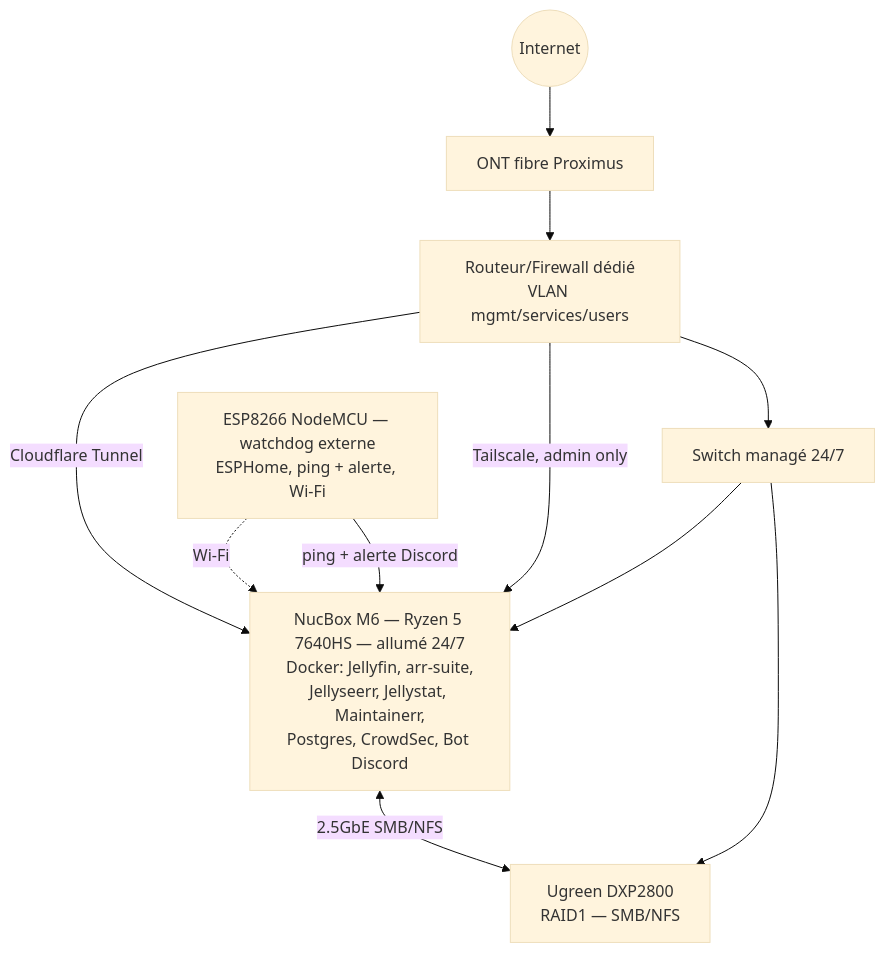
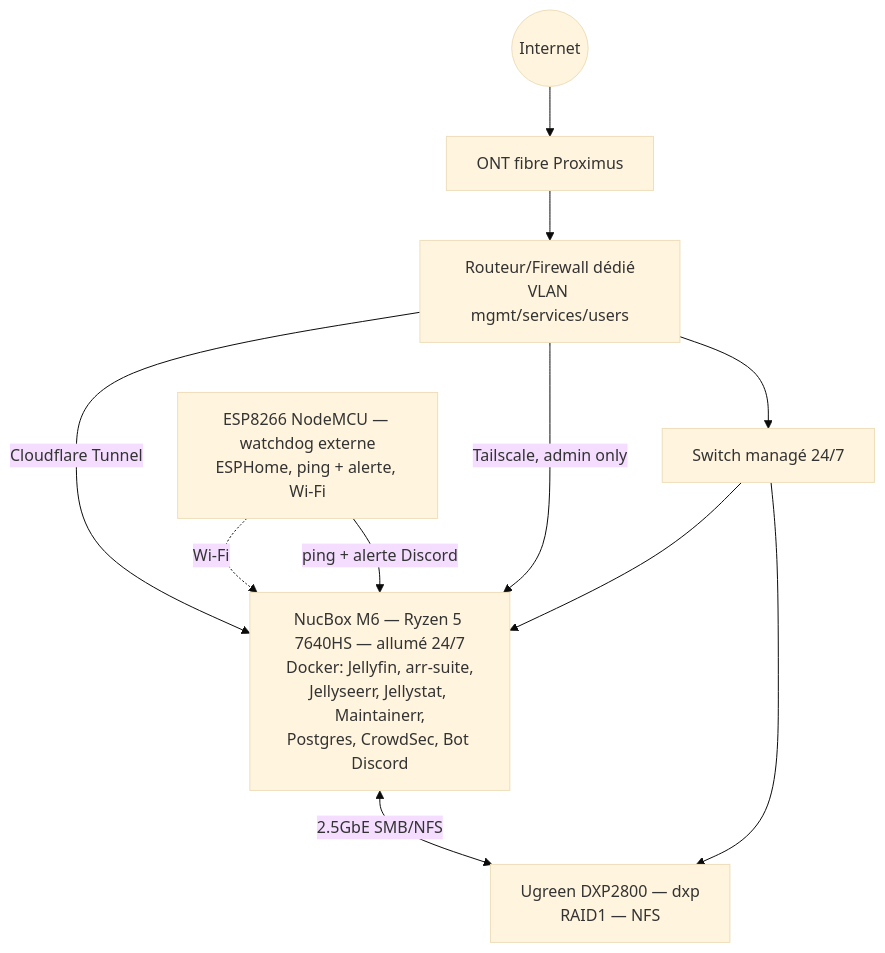
The diagram in README.md (rvph10/blackbox), drawn with Mermaid (base theme) before and after one commit. The commit also changed other lines of this file and 3 other files, not shown here.

First line of the commit message:
infra: NAS branché (dxp), Jellyfin basculé sur NFS

````diff
--- a/README.md
+++ b/README.md
@@ -35,20 +36,20 @@
 ```mermaid
 flowchart TD
     Internet((Internet))
     ONT[ONT fibre Proximus]
     RTR[Routeur/Firewall dédié\nVLAN mgmt/services/users]
     SW[Switch managé 24/7]
     NUC[NucBox M6 — Ryzen 5 7640HS — allumé 24/7\nDocker: Jellyfin, arr-suite,\nJellyseerr, Jellystat, Maintainerr,\nPostgres, CrowdSec, Bot Discord]
-    NAS[Ugreen DXP2800\nRAID1 — SMB/NFS]
+    NAS[Ugreen DXP2800 — dxp\nRAID1 — NFS]
     ESP8266[ESP8266 NodeMCU — watchdog externe\nESPHome, ping + alerte, Wi-Fi]
 
     Internet --> ONT --> RTR
     RTR -- Cloudflare Tunnel --> NUC
     RTR -- Tailscale, admin only --> NUC
     RTR --> SW
     SW --> NUC
     SW --> NAS
     ESP8266 -. Wi-Fi .-> NUC
     NUC <-- 2.5GbE SMB/NFS --> NAS
     ESP8266 -- ping + alerte Discord --> NUC
 ```
````
